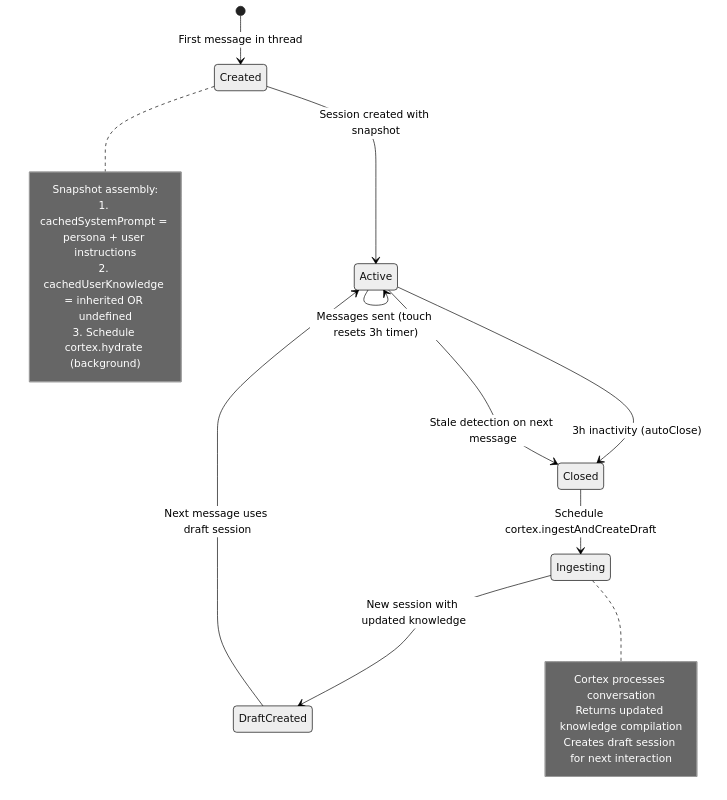
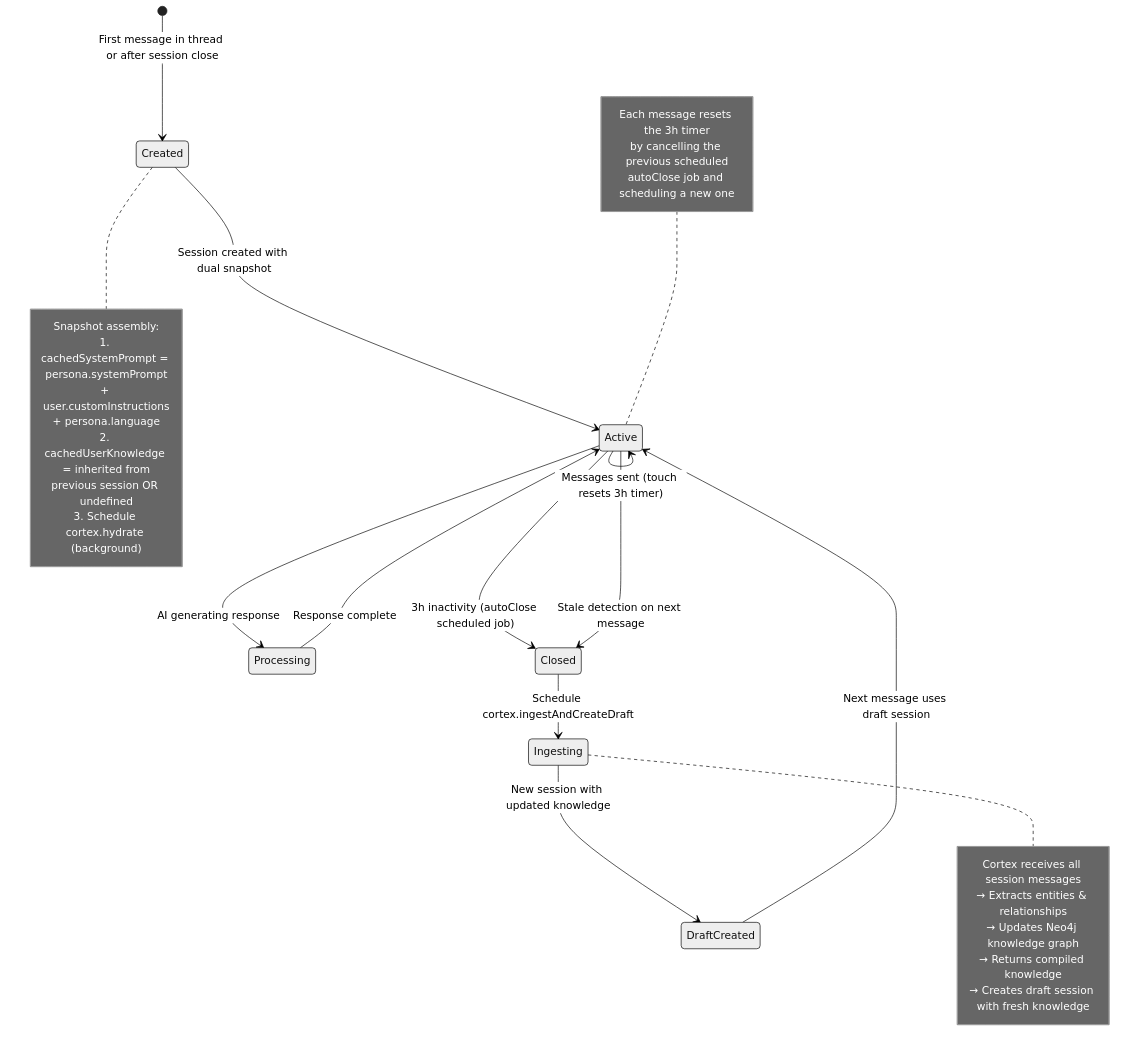
The fifth of 6 diagrams in README.md (juandastic/synapse-chat-ai), drawn with Mermaid (neutral theme) before and after one commit. The commit also changed other lines of this file, not shown here.

Commit message:
Enhance README.md with detailed project overview, expanded table of contents, and core concepts. Update tech stack section and improve descriptions of the knowledge graph and memory features for better clarity and user guidance.

````diff
--- a/README.md
+++ b/README.md
@@ -235,24 +272,39 @@
 ```mermaid
 stateDiagram-v2
-    [*] --> Created: First message in thread
-    Created --> Active: Session created with snapshot
+    [*] --> Created: First message in thread or after session close
+    Created --> Active: Session created with dual snapshot
+
     Active --> Active: Messages sent (touch resets 3h timer)
-    Active --> Closed: 3h inactivity (autoClose)
+    Active --> Processing: AI generating response
+    Processing --> Active: Response complete
+    Active --> Closed: 3h inactivity (autoClose scheduled job)
     Active --> Closed: Stale detection on next message
+
     Closed --> Ingesting: Schedule cortex.ingestAndCreateDraft
     Ingesting --> DraftCreated: New session with updated knowledge
     DraftCreated --> Active: Next message uses draft session
 
     note right of Created
         Snapshot assembly:
-        1. cachedSystemPrompt = persona + user instructions
-        2. cachedUserKnowledge = inherited OR undefined
+        1. cachedSystemPrompt = persona.systemPrompt
+           + user.customInstructions
+           + persona.language
+        2. cachedUserKnowledge = inherited from
+           previous session OR undefined
         3. Schedule cortex.hydrate (background)
     end note
 
     note right of Ingesting
-        Cortex processes conversation
-        Returns updated knowledge compilation
-        Creates draft session for next interaction
+        Cortex receives all session messages
+        → Extracts entities & relationships
+        → Updates Neo4j knowledge graph
+        → Returns compiled knowledge
+        → Creates draft session with fresh knowledge
+    end note
+
+    note left of Active
+        Each message resets the 3h timer
+        by cancelling the previous scheduled
+        autoClose job and scheduling a new one
     end note
 ```
````
